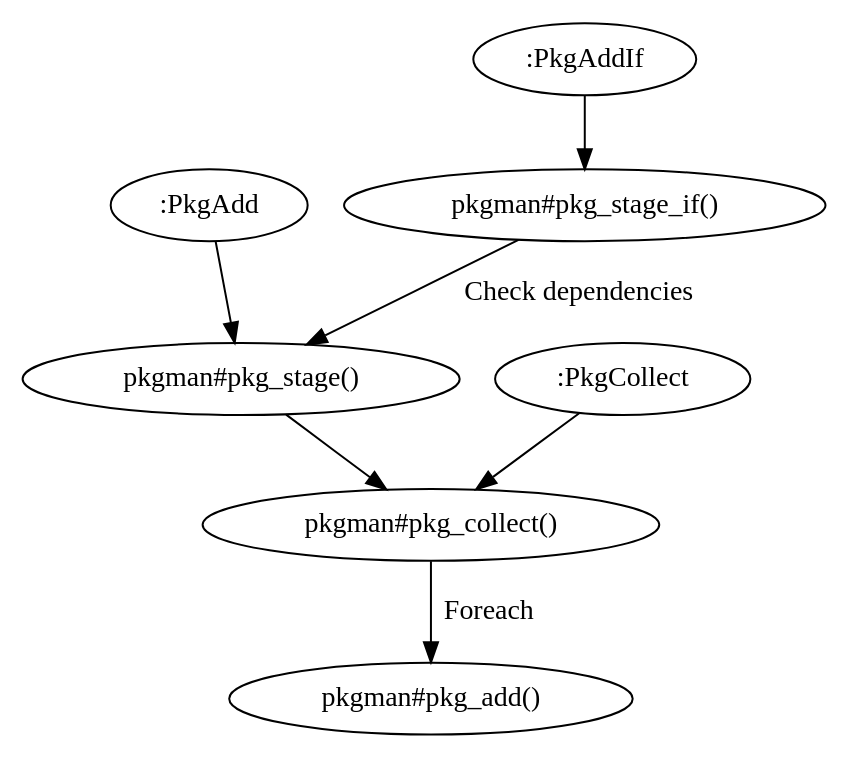
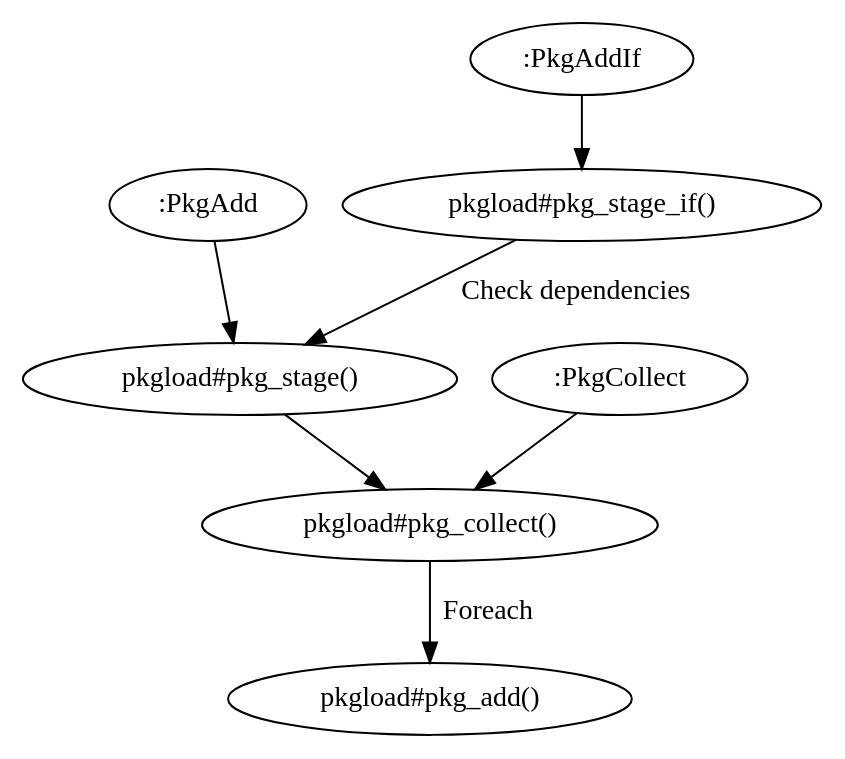
Before and after one commit to gwerbin/vim-pkgload: the diagram in flow.dot, drawn with Graphviz. The commit also changed 5 other files, not shown here.

First line of the commit message:
Rename from Pkgman -> Pkgload

```diff
--- a/flow.dot
+++ b/flow.dot
@@ -1,152 +1,152 @@
 digraph "_anonymous_0" {
 	graph [
 		fontsize = "14"
 		fontname = "Times-Roman"
 		fontcolor = "black"
 	]
 	node [
 		fontsize = "14"
 		fontname = "Times-Roman"
 		fontcolor = "black"
 		shape = "ellipse"
 		style = "solid"
 	]
 	edge [
 		fontsize = "14"
 		fontname = "Times-Roman"
 		fontcolor = "black"
 		style = "solid"
 	]
 	":PkgAdd" [
 		fontsize = "14"
 		fontname = "Times-Roman"
 		fontcolor = "black"
 		shape = "ellipse"
 		style = "solid"
 	]
 	":PkgAddIf" [
 		fontsize = "14"
 		fontname = "Times-Roman"
 		fontcolor = "black"
 		shape = "ellipse"
 		style = "solid"
 	]
 	":PkgCollect" [
 		fontsize = "14"
 		fontname = "Times-Roman"
 		fontcolor = "black"
 		shape = "ellipse"
 		style = "solid"
 	]
-	"pkgman#pkg_stage_if()" [
+	"pkgload#pkg_stage_if()" [
 		fontsize = "14"
 		fontname = "Times-Roman"
 		fontcolor = "black"
 		shape = "ellipse"
 		style = "solid"
 	]
-	"pkgman#pkg_stage()" [
+	"pkgload#pkg_stage()" [
 		fontsize = "14"
 		fontname = "Times-Roman"
 		fontcolor = "black"
 		shape = "ellipse"
 		style = "solid"
 	]
-	"pkgman#pkg_collect()" [
+	"pkgload#pkg_collect()" [
 		fontsize = "14"
 		fontname = "Times-Roman"
 		fontcolor = "black"
 		shape = "ellipse"
 		style = "solid"
 	]
-	"pkgman#pkg_add()" [
+	"pkgload#pkg_add()" [
 		fontsize = "14"
 		fontname = "Times-Roman"
 		fontcolor = "black"
 		shape = "ellipse"
 		style = "solid"
 	]
 	subgraph "commands" {
 		graph [
 			fontsize = "14"
 			fontname = "Times-Roman"
 			fontcolor = "black"
 			label = "Commands"
 		]
 		node [
 			fontsize = "14"
 			fontname = "Times-Roman"
 			fontcolor = "black"
 			shape = "ellipse"
 			style = "solid"
 		]
 		edge [
 			fontsize = "14"
 			fontname = "Times-Roman"
 			fontcolor = "black"
 			style = "solid"
 		]
 		":PkgAdd"
 		":PkgAddIf"
 		":PkgCollect"
 	}
 	subgraph "functions" {
 		graph [
 			fontsize = "14"
 			fontname = "Times-Roman"
 			fontcolor = "black"
 		]
 		node [
 			fontsize = "14"
 			fontname = "Times-Roman"
 			fontcolor = "black"
 			shape = "ellipse"
 			style = "solid"
 		]
 		edge [
 			fontsize = "14"
 			fontname = "Times-Roman"
 			fontcolor = "black"
 			style = "solid"
 		]
-		"pkgman#pkg_stage_if()"
+		"pkgload#pkg_stage_if()"
 	}
-	":PkgAdd" -> "pkgman#pkg_stage()" [
+	":PkgAdd" -> "pkgload#pkg_stage()" [
 		fontsize = "14"
 		fontname = "Times-Roman"
 		fontcolor = "black"
 		style = "solid"
 	]
-	":PkgAddIf" -> "pkgman#pkg_stage_if()" [
+	":PkgAddIf" -> "pkgload#pkg_stage_if()" [
 		fontsize = "14"
 		fontname = "Times-Roman"
 		fontcolor = "black"
 		style = "solid"
 	]
-	":PkgCollect" -> "pkgman#pkg_collect()" [
+	":PkgCollect" -> "pkgload#pkg_collect()" [
 		fontsize = "14"
 		fontname = "Times-Roman"
 		fontcolor = "black"
 		style = "solid"
 	]
-	"pkgman#pkg_stage_if()" -> "pkgman#pkg_stage()" [
+	"pkgload#pkg_stage_if()" -> "pkgload#pkg_stage()" [
 		fontsize = "14"
 		fontname = "Times-Roman"
 		fontcolor = "black"
 		label = "Check dependencies"
 		style = "solid"
 	]
-	"pkgman#pkg_stage()" -> "pkgman#pkg_collect()" [
+	"pkgload#pkg_stage()" -> "pkgload#pkg_collect()" [
 		fontsize = "14"
 		fontname = "Times-Roman"
 		fontcolor = "black"
 		style = "solid"
 	]
-	"pkgman#pkg_collect()" -> "pkgman#pkg_add()" [
+	"pkgload#pkg_collect()" -> "pkgload#pkg_add()" [
 		fontsize = "14"
 		fontname = "Times-Roman"
 		fontcolor = "black"
 		label = "Foreach"
 		style = "solid"
 	]
 }
```
